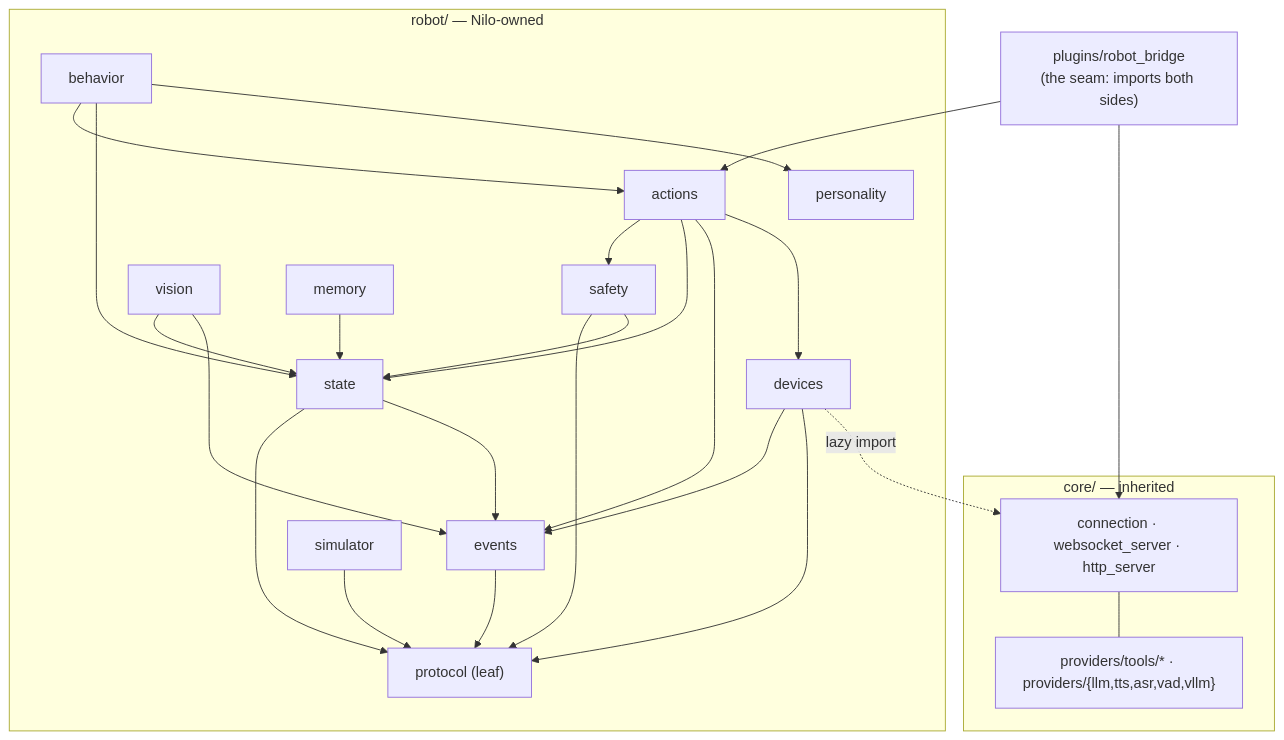
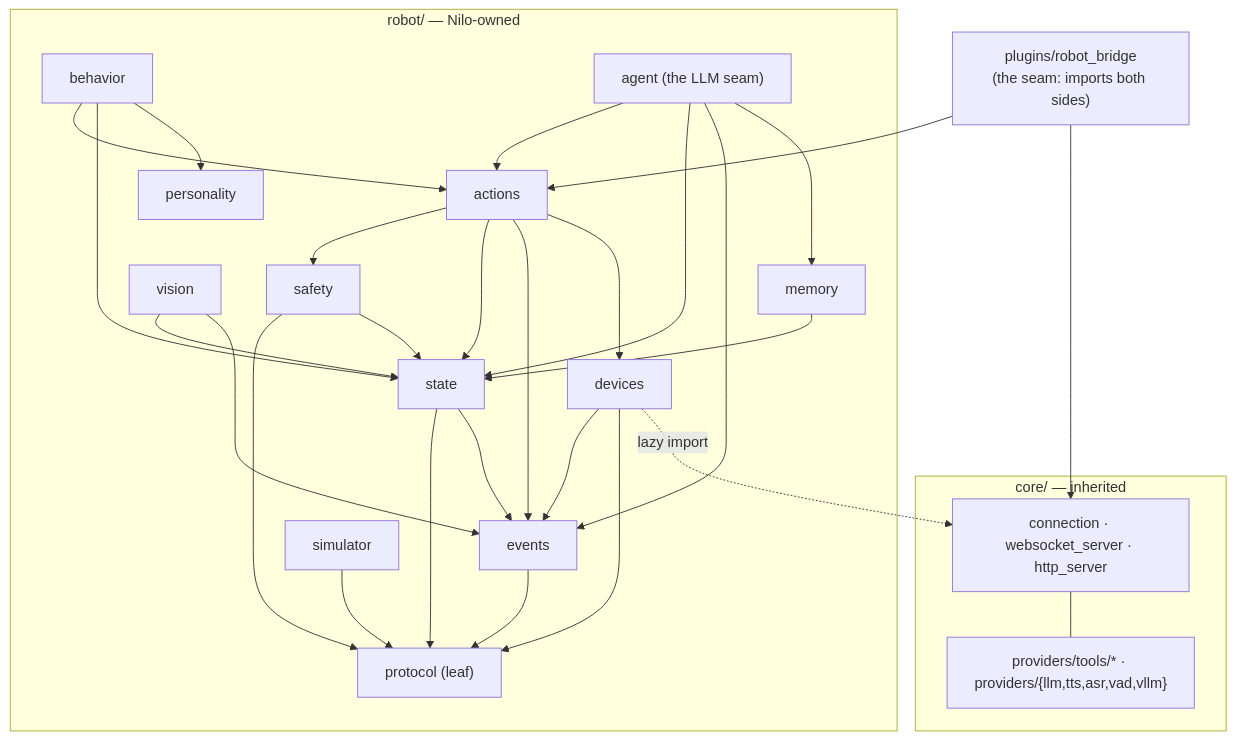
Before and after one commit to AA-Box/Nilo: the fourth of 4 diagrams in docs/robot-architecture.md, drawn with Mermaid. The commit also changed other lines of this file and 21 other files, not shown here.

````diff
--- a/docs/robot-architecture.md
+++ b/docs/robot-architecture.md
@@ -586,32 +586,34 @@
 ```mermaid
 flowchart TB
     BR["plugins/robot_bridge<br/>(the seam: imports both sides)"]
     subgraph coreside["core/ — inherited"]
         CH["connection · websocket_server · http_server"]
         TOOLS["providers/tools/* · providers/{llm,tts,asr,vad,vllm}"]
     end
     subgraph robotside["robot/ — Nilo-owned"]
         PROTO["protocol (leaf)"]
         EV["events"]
         ST["state"]
         SAF["safety"]
         ACT["actions"]
         BEH["behavior"]
         PERS["personality"]
         VIS["vision"]
         MEM["memory"]
         DEV["devices"]
         SIM["simulator"]
+        AG["agent (the LLM seam)"]
     end
     BR --> CH & ACT
     CH --- TOOLS
     EV & SAF & SIM --> PROTO
     ST --> PROTO & EV
     SAF --> ST
     ACT --> SAF & ST & EV & DEV
     BEH --> ACT & ST & PERS
     VIS --> ST & EV
     MEM --> ST
+    AG --> ACT & ST & EV & MEM
     DEV --> EV & PROTO
     DEV -. "lazy import" .-> CH
 ```
````
